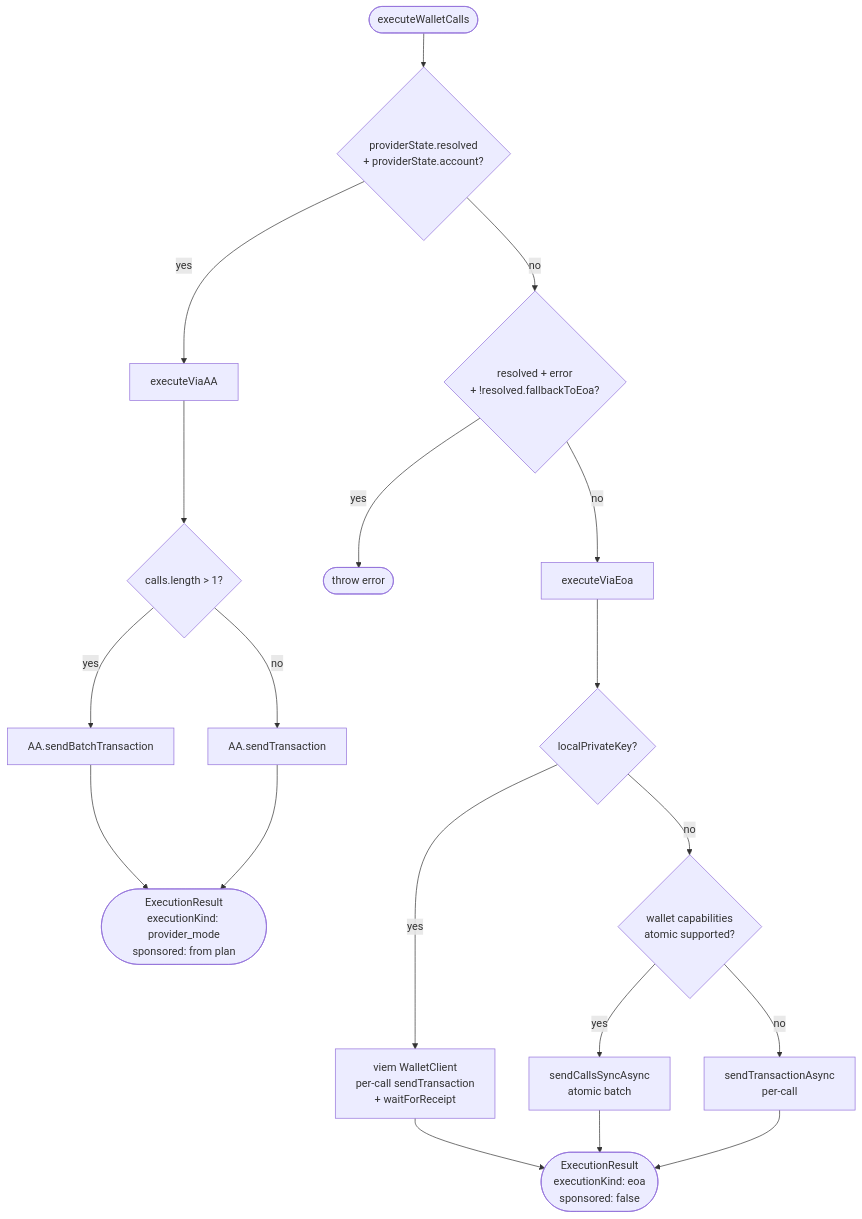
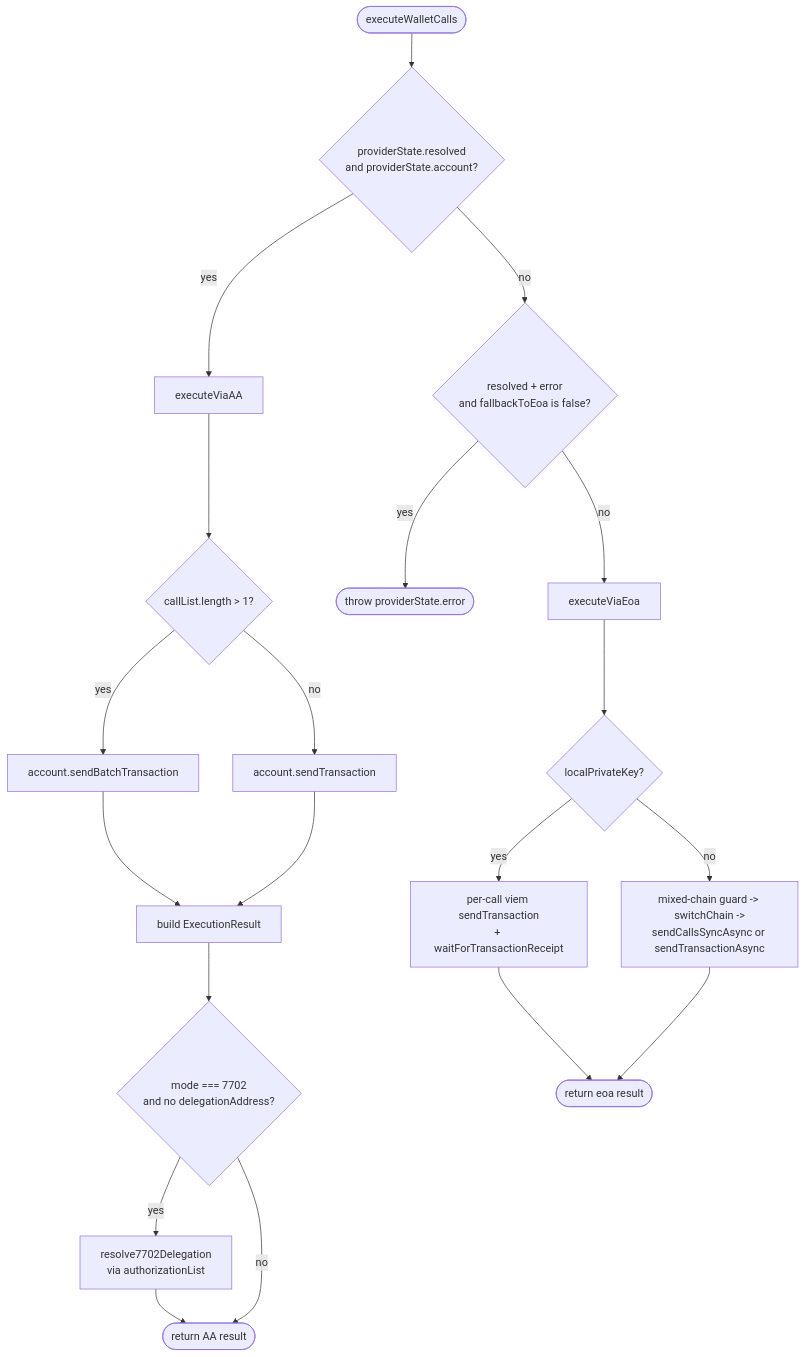
Before and after one commit to aomi-labs/aomi-widget: the seventh of 10 diagrams in specs/AA-ARCH.md, drawn with Mermaid. The commit also changed other lines of this file and 43 other files, not shown here.

````diff
--- a/specs/AA-ARCH.md
+++ b/specs/AA-ARCH.md
@@ -256,28 +519,27 @@
 ```mermaid
 flowchart TD
-    START([executeWalletCalls]) --> HAS_AA{providerState.resolved<br/>+ providerState.account?}
+    START([executeWalletCalls]) --> HAS_AA{providerState.resolved<br/>and providerState.account?}
 
     HAS_AA -->|yes| VIA_AA[executeViaAA]
+    HAS_AA -->|no| HARD_FAIL{resolved + error<br/>and fallbackToEoa is false?}
 
-    VIA_AA --> BATCH{calls.length > 1?}
-    BATCH -->|yes| BATCH_TX[AA.sendBatchTransaction]
-    BATCH -->|no| SINGLE_TX[AA.sendTransaction]
-    BATCH_TX --> AA_RESULT([ExecutionResult<br/>executionKind: provider_mode<br/>sponsored: from plan])
-    SINGLE_TX --> AA_RESULT
+    HARD_FAIL -->|yes| THROW_ERR([throw providerState.error])
+    HARD_FAIL -->|no| VIA_EOA[executeViaEoa]
 
-    HAS_AA -->|no| HAS_ERROR{resolved + error<br/>+ !resolved.fallbackToEoa?}
-    HAS_ERROR -->|yes| THROW([throw error])
+    VIA_AA --> BATCH{callList.length > 1?}
+    BATCH -->|yes| AA_BATCH[account.sendBatchTransaction]
+    BATCH -->|no| AA_SINGLE[account.sendTransaction]
+    AA_BATCH --> AA_POST[build ExecutionResult]
+    AA_SINGLE --> AA_POST
 
-    HAS_ERROR -->|no| VIA_EOA[executeViaEoa]
+    AA_POST --> DELEG{mode === 7702<br/>and no delegationAddress?}
+    DELEG -->|yes| FETCH_TX[resolve7702Delegation<br/>via authorizationList]
+    DELEG -->|no| RETURN_AA([return AA result])
+    FETCH_TX --> RETURN_AA
 
-    VIA_EOA --> HAS_PK{localPrivateKey?}
-    HAS_PK -->|yes| PK_PATH[viem WalletClient<br/>per-call sendTransaction<br/>+ waitForReceipt]
-    HAS_PK -->|no| WALLET_PATH{wallet capabilities<br/>atomic supported?}
-
-    WALLET_PATH -->|yes| SEND_CALLS[sendCallsSyncAsync<br/>atomic batch]
-    WALLET_PATH -->|no| SEND_INDIVIDUAL[sendTransactionAsync<br/>per-call]
-
-    PK_PATH --> EOA_RESULT([ExecutionResult<br/>executionKind: eoa<br/>sponsored: false])
-    SEND_CALLS --> EOA_RESULT
-    SEND_INDIVIDUAL --> EOA_RESULT
+    VIA_EOA --> LOCAL_PK{localPrivateKey?}
+    LOCAL_PK -->|yes| EOA_PK[per-call viem sendTransaction<br/>+ waitForTransactionReceipt]
+    LOCAL_PK -->|no| WALLET_PATH[mixed-chain guard -> switchChain -><br/>sendCallsSyncAsync or sendTransactionAsync]
+    EOA_PK --> RETURN_EOA([return eoa result])
+    WALLET_PATH --> RETURN_EOA
 ```
````
